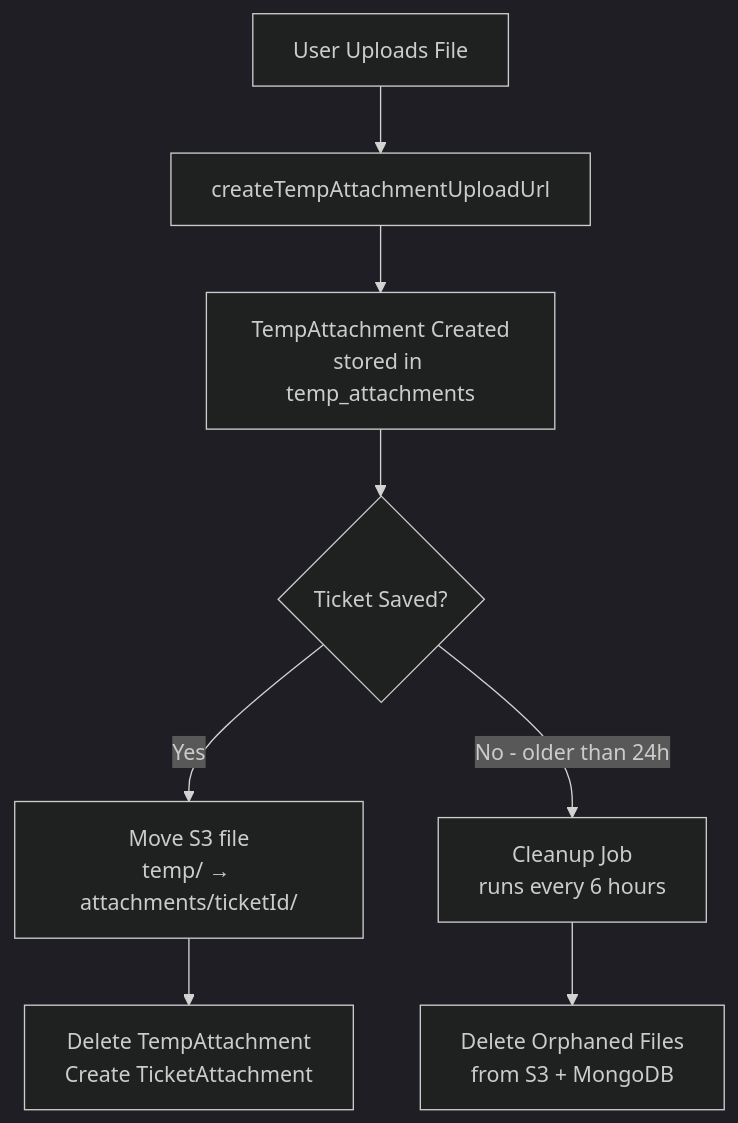
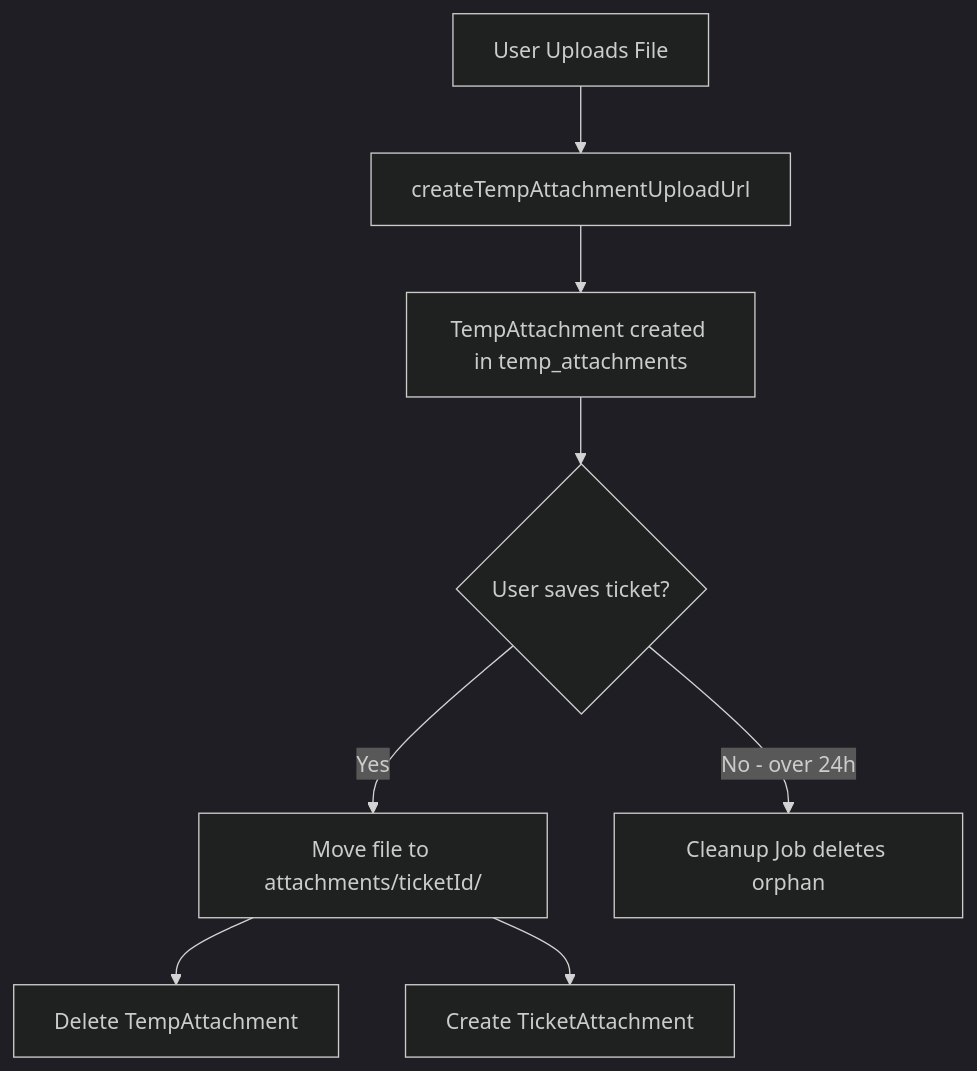
Before and after one commit to flamingo-stack/openframe-oss-lib: the diagram in openframe-data-mongo-common/src/main/java/com/openframe/data/document/ticket/.TempAttachment.md, drawn with Mermaid (dark theme). The commit also changed other lines of this file and 1470 other files, not shown here.

````diff
--- a/openframe-data-mongo-common/src/main/java/com/openframe/data/document/ticket/.TempAttachment.md
+++ b/openframe-data-mongo-common/src/main/java/com/openframe/data/document/ticket/.TempAttachment.md
@@ -18,10 +23,10 @@
 ```mermaid
 graph TD
-    A["User Uploads File"] --> B["createTempAttachmentUploadUrl"]
-    B --> C["TempAttachment Created\nstored in temp_attachments"]
-    C --> D{"Ticket Saved?"}
-    D -->|Yes| E["Move S3 file\ntemp/ → attachments/ticketId/"]
-    E --> F["Delete TempAttachment\nCreate TicketAttachment"]
-    D -->|No - older than 24h| G["Cleanup Job\nruns every 6 hours"]
-    G --> H["Delete Orphaned Files\nfrom S3 + MongoDB"]
+    A[User Uploads File] --> B[createTempAttachmentUploadUrl]
+    B --> C[TempAttachment created in temp_attachments]
+    C --> D{User saves ticket?}
+    D -->|Yes| E[Move file to attachments/ticketId/]
+    E --> F[Delete TempAttachment]
+    E --> G[Create TicketAttachment]
+    D -->|No - over 24h| H[Cleanup Job deletes orphan]
 ```
````
